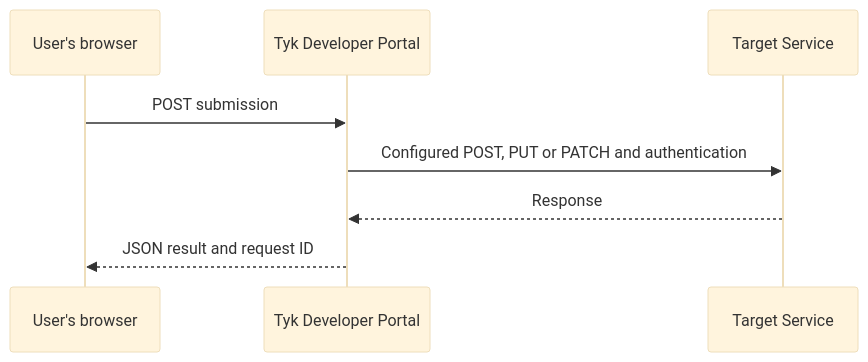
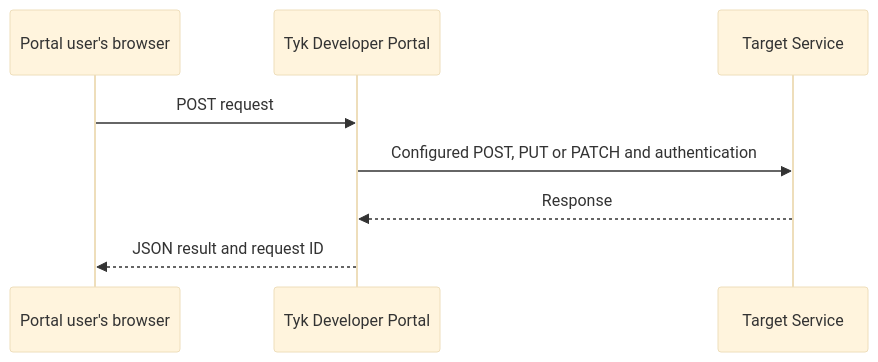
One commit to TykTechnologies/tyk-docs changed the diagram in portal/customization/callouts.mdx. Above: the diagram before and after it, drawn with Mermaid (base theme). The commit also changed other lines of this file and 5 other files, not shown here.

````diff
--- a/portal/customization/callouts.mdx
+++ b/portal/customization/callouts.mdx
@@ -34,10 +40,10 @@
 ```mermaid
 sequenceDiagram
-    participant Browser as User's browser
+    participant Browser as Portal user's browser
     participant Portal as Tyk Developer Portal
     participant Target as Target Service
-    Browser->>Portal: POST submission
+    Browser->>Portal: POST request
     Portal->>Target: Configured POST, PUT or PATCH and authentication
     Target-->>Portal: Response
     Portal-->>Browser: JSON result and request ID
 ```
````
